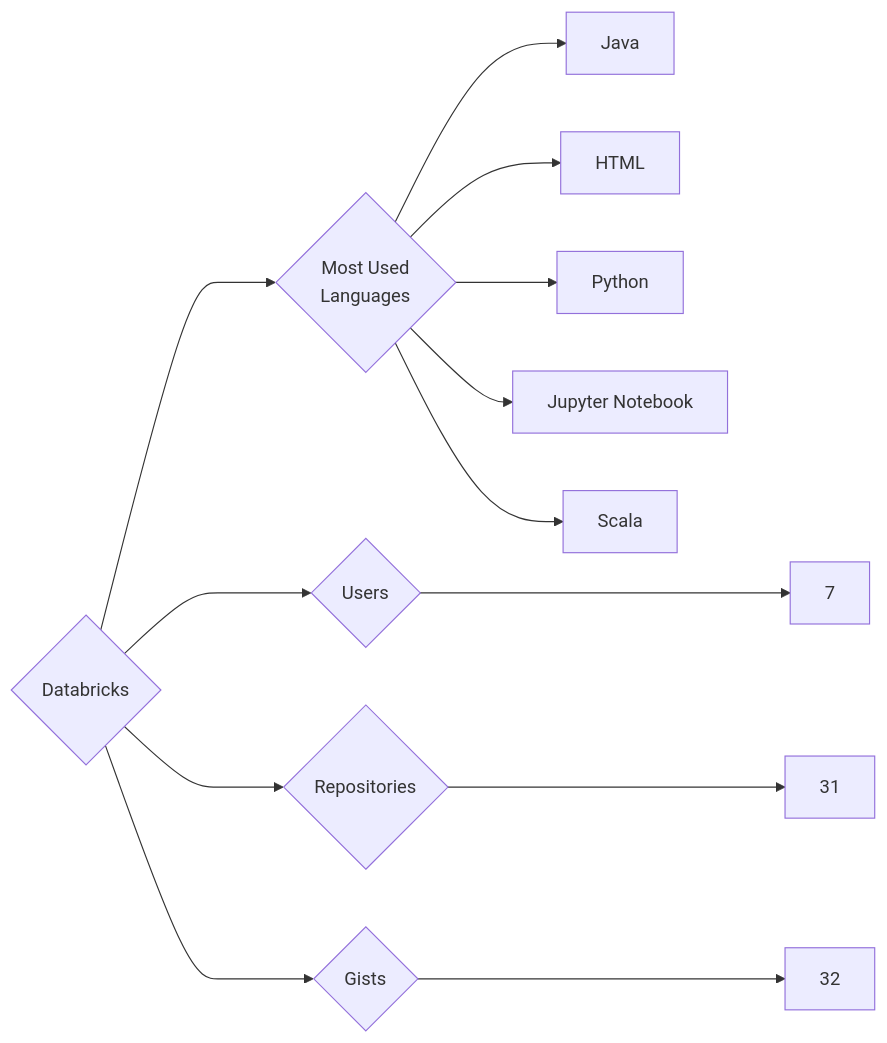
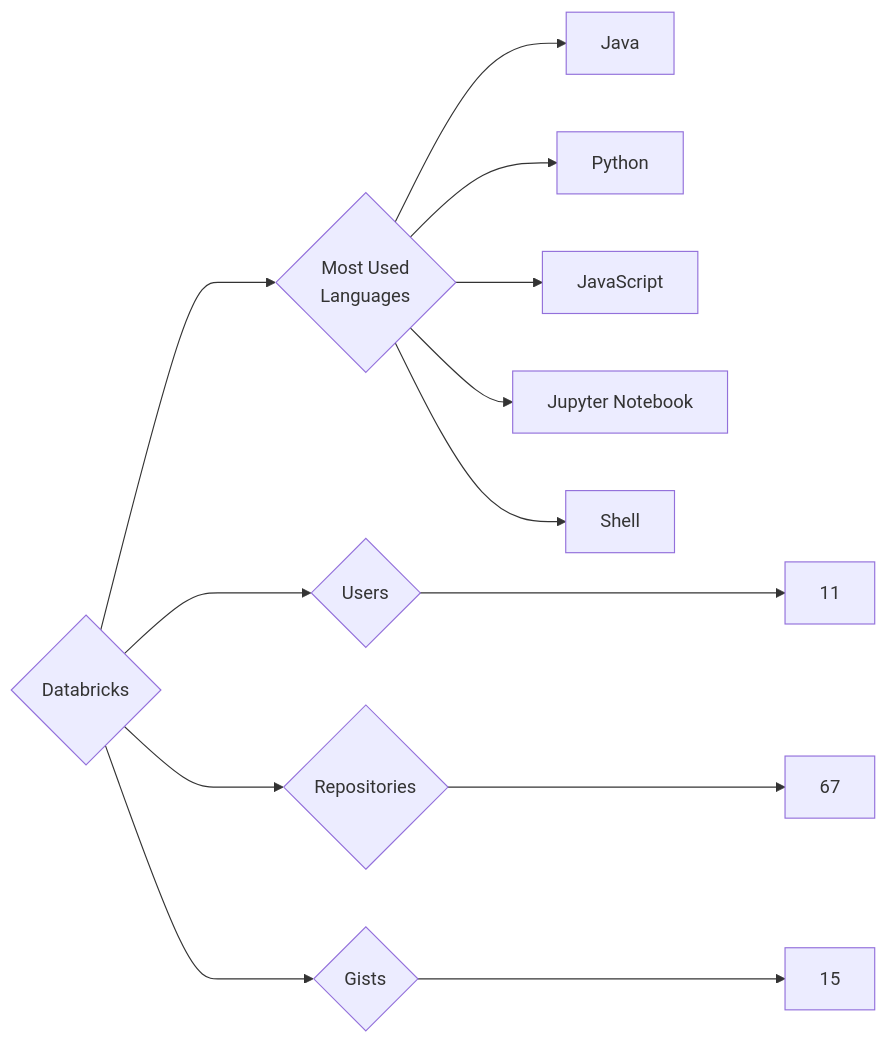
One commit to trickest/insiders changed the diagram in targets/Databricks/README.md. Above: the diagram before and after it, drawn with Mermaid. The commit also changed 880 other files, not shown here.

````diff
--- a/targets/Databricks/README.md
+++ b/targets/Databricks/README.md
@@ -3,13 +3,13 @@
 ```mermaid
 graph LR
 COMPANY_NAME{Databricks}
-COMPANY_NAME ---> U{Users} ---> UN[7]
-COMPANY_NAME ---> R{Repositories} ---> RN[31]
-COMPANY_NAME ---> G{Gists} ---> GN[32]
+COMPANY_NAME ---> U{Users} ---> UN[11]
+COMPANY_NAME ---> R{Repositories} ---> RN[67]
+COMPANY_NAME ---> G{Gists} ---> GN[15]
 COMPANY_NAME ---> ML{Most Used<br>Languages}
 ML --> Java[Java]
-ML --> HTML[HTML]
 ML --> Python[Python]
+ML --> JavaScript[JavaScript]
 ML --> Jupyter_Notebook[Jupyter Notebook]
-ML --> Scala[Scala]
+ML --> Shell[Shell]
 ```
````
